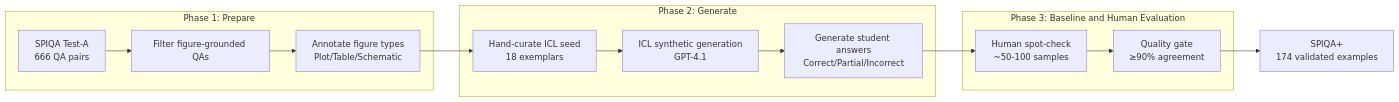
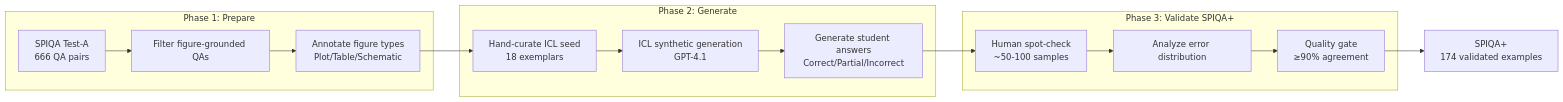
One commit to diptiaswath/studyCoach changed the first of 2 diagrams in results/pipeline_diagrams.md. Above: the diagram before and after it, drawn with Mermaid.

Commit message:
Update pipeline diagrams: add error distribution step, rename Phase 3

````diff
--- a/results/pipeline_diagrams.md
+++ b/results/pipeline_diagrams.md
@@ -9,20 +9,21 @@
 ```mermaid
 flowchart LR
     subgraph Phase1["Phase 1: Prepare"]
         A[SPIQA Test-A<br/>666 QA pairs] --> B[Filter figure-grounded QAs]
         B --> C[Annotate figure types<br/>Plot/Table/Schematic]
     end
 
     subgraph Phase2["Phase 2: Generate"]
         C --> D[Hand-curate ICL seed<br/>18 exemplars]
         D --> E[ICL synthetic generation<br/>GPT-4.1]
         E --> F[Generate student answers<br/>Correct/Partial/Incorrect]
     end
 
-    subgraph Phase3["Phase 3: Baseline and Human Evaluation"]
+    subgraph Phase3["Phase 3: Validate SPIQA+"]
         F --> H[Human spot-check<br/>~50-100 samples]
-        H --> I[Quality gate<br/>≥90% agreement]
+        H --> I[Analyze error distribution]
+        I --> J[Quality gate<br/>≥90% agreement]
     end
 
-    I --> J[SPIQA+<br/>174 validated examples]
+    J --> K[SPIQA+<br/>174 validated examples]
 ```
````
